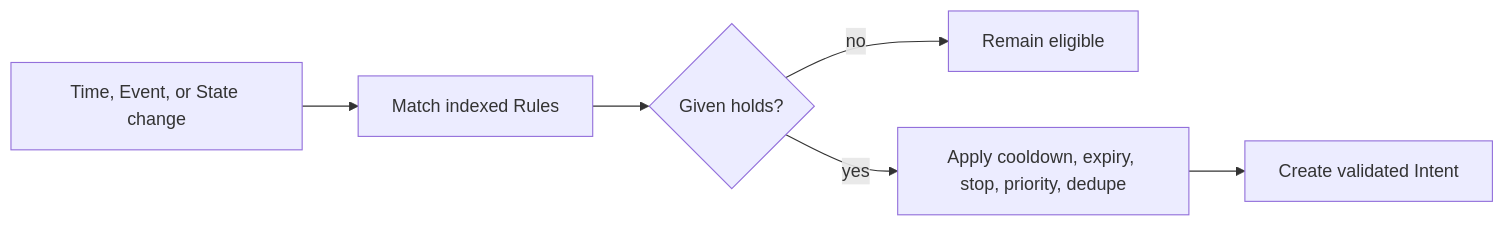
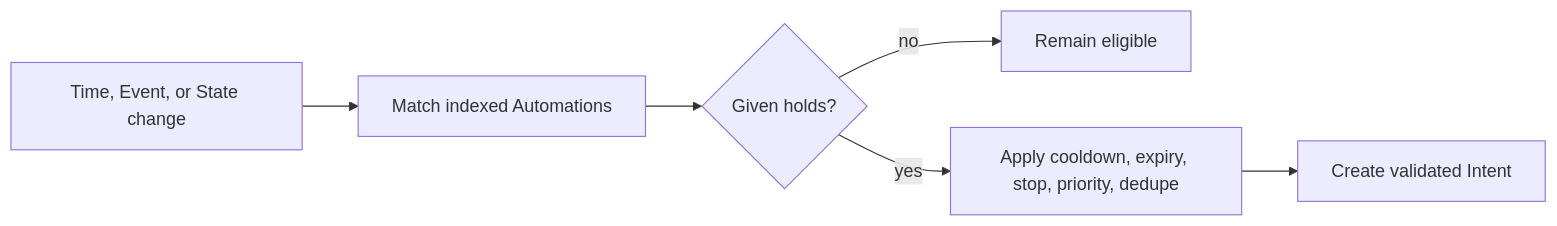
One commit to itmarck/wingman changed the fourth of 9 diagrams in docs/flows.md. Above: the diagram before and after it, drawn with Mermaid. The commit also changed other lines of this file and 52 other files, not shown here.

````diff
--- a/docs/flows.md
+++ b/docs/flows.md
@@ -68,8 +68,8 @@
 ```mermaid
 flowchart LR
-    Trigger[Time, Event, or State change] --> Match[Match indexed Rules]
+    Trigger[Time, Event, or State change] --> Match[Match indexed Automations]
     Match --> Given{Given holds?}
     Given -- no --> Wait[Remain eligible]
-    Given -- yes --> Policy[Apply cooldown, expiry, stop, priority, dedupe]
-    Policy --> Intent[Create validated Intent]
+    Given -- yes --> Controls[Apply cooldown, expiry, stop, priority, dedupe]
+    Controls --> Intent[Create validated Intent]
 ```
````
